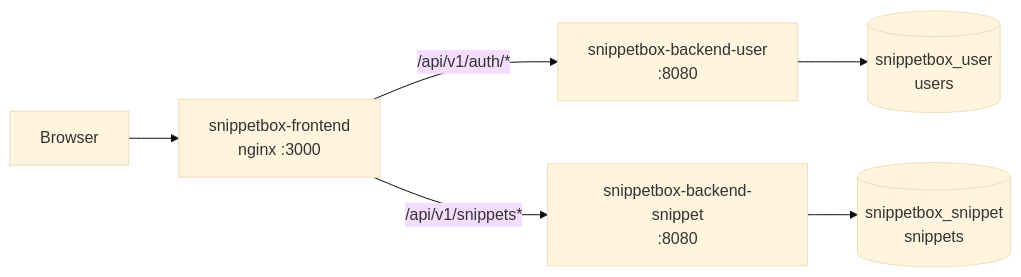
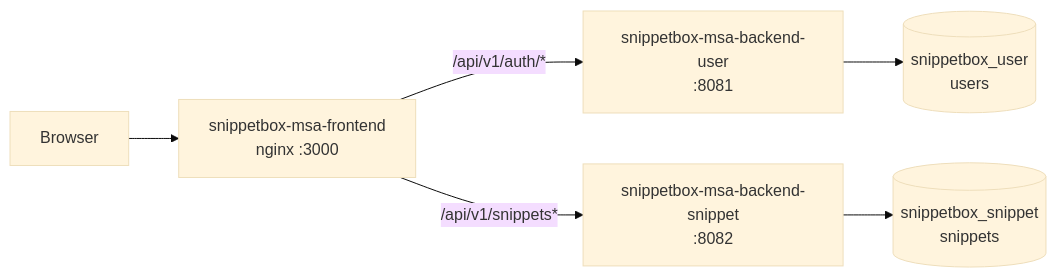
The first of 2 diagrams in README.md (mrschwartx/snippetbox-microservices), drawn with Mermaid (base theme) before and after one commit. The commit also changed other lines of this file and 338 other files, not shown here.

````diff
--- a/README.md
+++ b/README.md
@@ -119,8 +119,8 @@
 ```mermaid
 graph LR
-  browser[Browser] --> nginx[snippetbox-frontend<br/>nginx :3000]
-  nginx -->|/api/v1/auth/*| user[snippetbox-backend-user<br/>:8080]
-  nginx -->|/api/v1/snippets*| snippet[snippetbox-backend-snippet<br/>:8080]
+  browser[Browser] --> nginx[snippetbox-msa-frontend<br/>nginx :3000]
+  nginx -->|/api/v1/auth/*| user[snippetbox-msa-backend-user<br/>:8081]
+  nginx -->|/api/v1/snippets*| snippet[snippetbox-msa-backend-snippet<br/>:8082]
   user --> userdb[(snippetbox_user<br/>users)]
   snippet --> snippetdb[(snippetbox_snippet<br/>snippets)]
 ```
````
